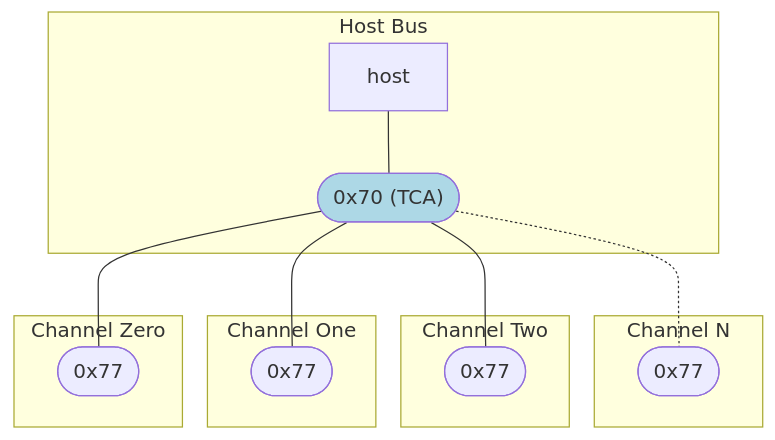
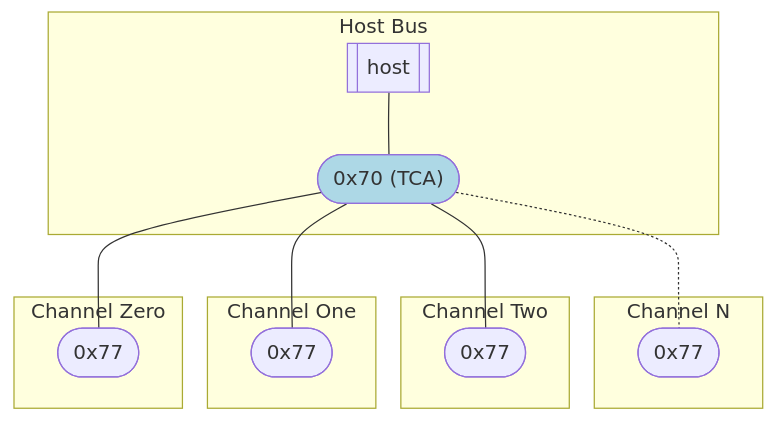
The diagram in examples/diagram-multiplex.mmd (johntalton/tca9548a), drawn with Mermaid before and after one commit. The commit also changed 5 other files, not shown here.

```diff
--- a/examples/diagram-multiplex.mmd
+++ b/examples/diagram-multiplex.mmd
@@ -1,20 +1,20 @@
 graph TD
   subgraph Host Bus
-    host ---  tca(["0x70 (TCA)"])
+    h[[host]] ---  tca(["0x70 (TCA)"])
   end
 
   subgraph nth[Channel N]
     tca -.- d([0x77])
   end
 
   subgraph two[Channel Two]
     tca --- c([0x77])
   end
   subgraph one[Channel One]
     tca --- b([0x77])
   end
   subgraph zero[Channel Zero]
     tca --- a([0x77])
   end
 
   style tca fill: lightblue
```
